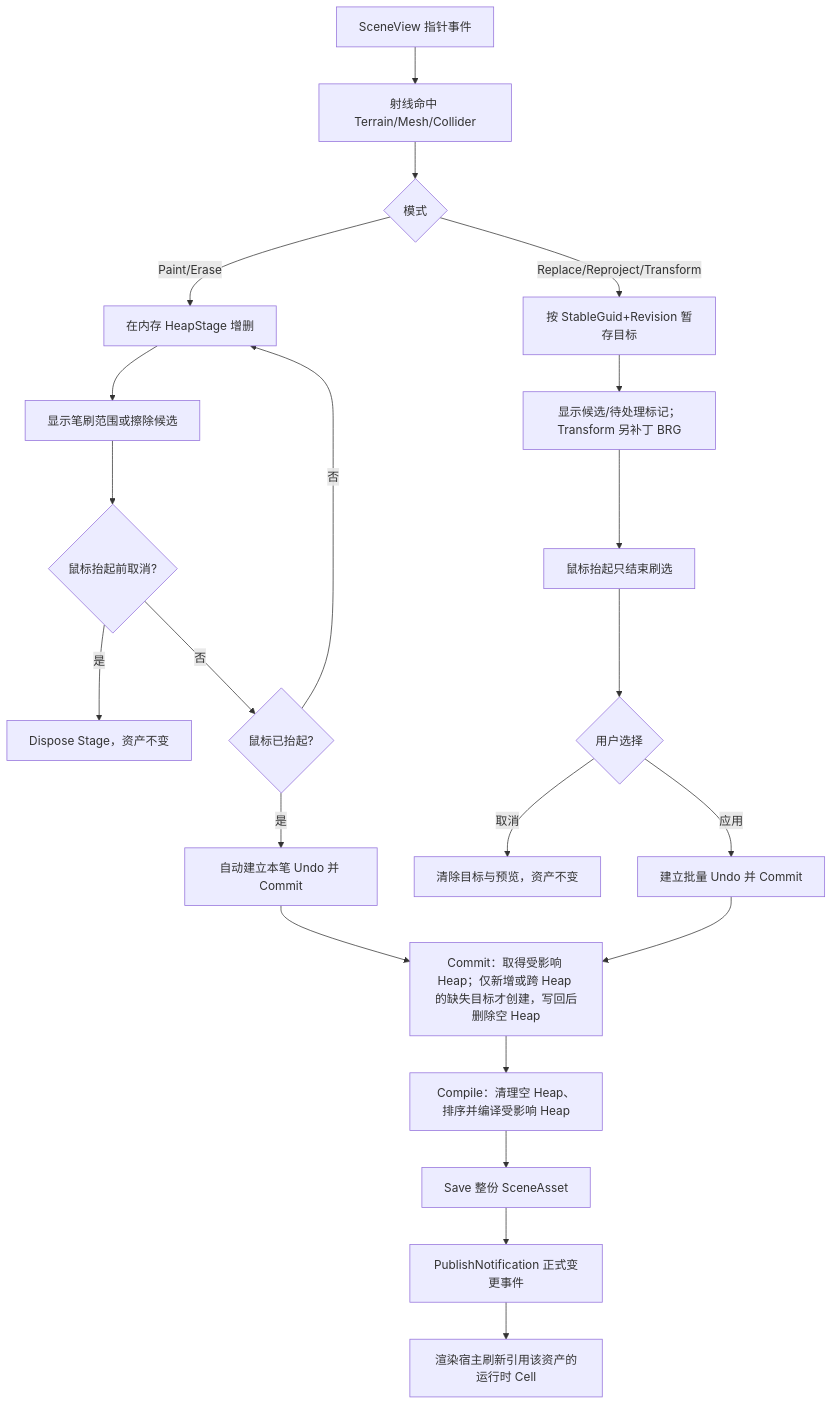
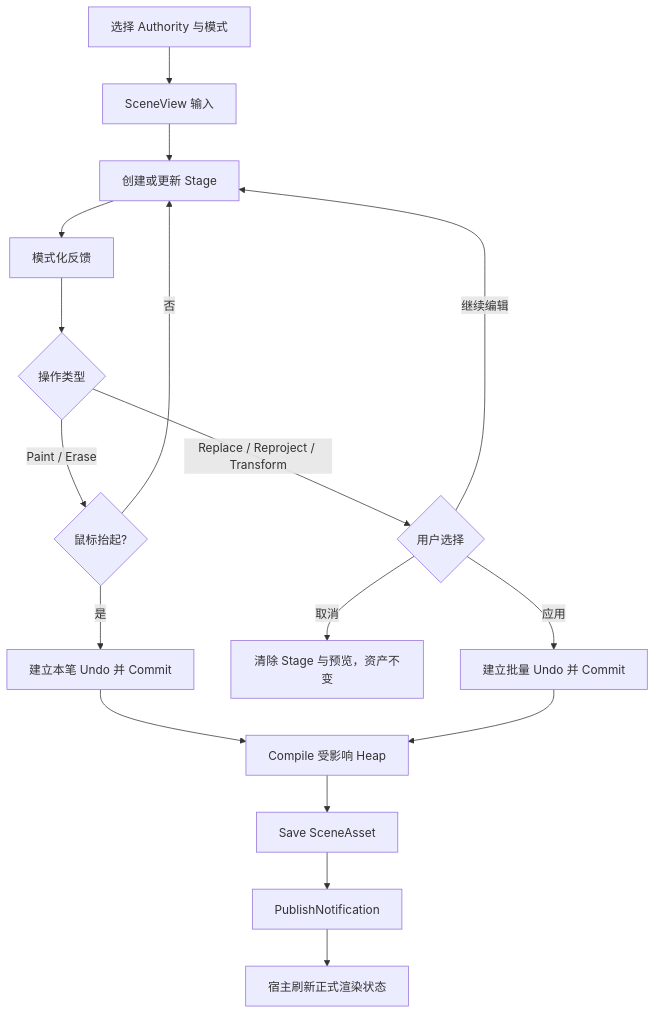
Before and after one commit to KTSAMA001/AgentSkill-Akasha-KT: the diagram in data/unity-vegetation-painter-authoring-transaction-workflow.md, drawn with Mermaid. The commit also changed other lines of this file and 15 other files, not shown here.

````diff
--- a/data/unity-vegetation-painter-authoring-transaction-workflow.md
+++ b/data/unity-vegetation-painter-authoring-transaction-workflow.md
@@ -145,24 +84,19 @@
 ```mermaid
 flowchart TD
-    A[SceneView 指针事件] --> B[射线命中 Terrain/Mesh/Collider]
-    B --> C{模式}
-    C -- Paint/Erase --> D[在内存 HeapStage 增删]
-    D --> E[显示笔刷范围或擦除候选]
-    E --> F{鼠标抬起前取消?}
-    F -- 是 --> G[Dispose Stage，资产不变]
-    F -- 否 --> F2{鼠标已抬起?}
-    F2 -- 否 --> D
-    F2 -- 是 --> H[自动建立本笔 Undo 并 Commit]
-    C -- Replace/Reproject/Transform --> I[按 StableGuid+Revision 暂存目标]
-    I --> J[显示候选/待处理标记；Transform 另补丁 BRG]
-    J --> K[鼠标抬起只结束刷选]
-    K --> L{用户选择}
-    L -- 取消 --> M[清除目标与预览，资产不变]
-    L -- 应用 --> N[建立批量 Undo 并 Commit]
-    H --> O[Commit：取得受影响 Heap；仅新增或跨 Heap 的缺失目标才创建，写回后删除空 Heap]
-    N --> O
-    O --> Q[Compile：清理空 Heap、排序并编译受影响 Heap]
-    Q --> R[Save 整份 SceneAsset]
-    R --> S[PublishNotification 正式变更事件]
-    S --> T[渲染宿主刷新引用该资产的运行时 Cell]
+    A[选择 Authority 与模式] --> B[SceneView 输入]
+    B --> C[创建或更新 Stage]
+    C --> D[模式化反馈]
+    D --> E{操作类型}
+    E -- Paint / Erase --> F{鼠标抬起?}
+    F -- 否 --> C
+    F -- 是 --> H[建立本笔 Undo 并 Commit]
+    E -- Replace / Reproject / Transform --> G{用户选择}
+    G -- 取消 --> X[清除 Stage 与预览，资产不变]
+    G -- 继续编辑 --> C
+    G -- 应用 --> I[建立批量 Undo 并 Commit]
+    H --> J[Compile 受影响 Heap]
+    I --> J
+    J --> K[Save SceneAsset]
+    K --> L[PublishNotification]
+    L --> M[宿主刷新正式渲染状态]
 ```
````
